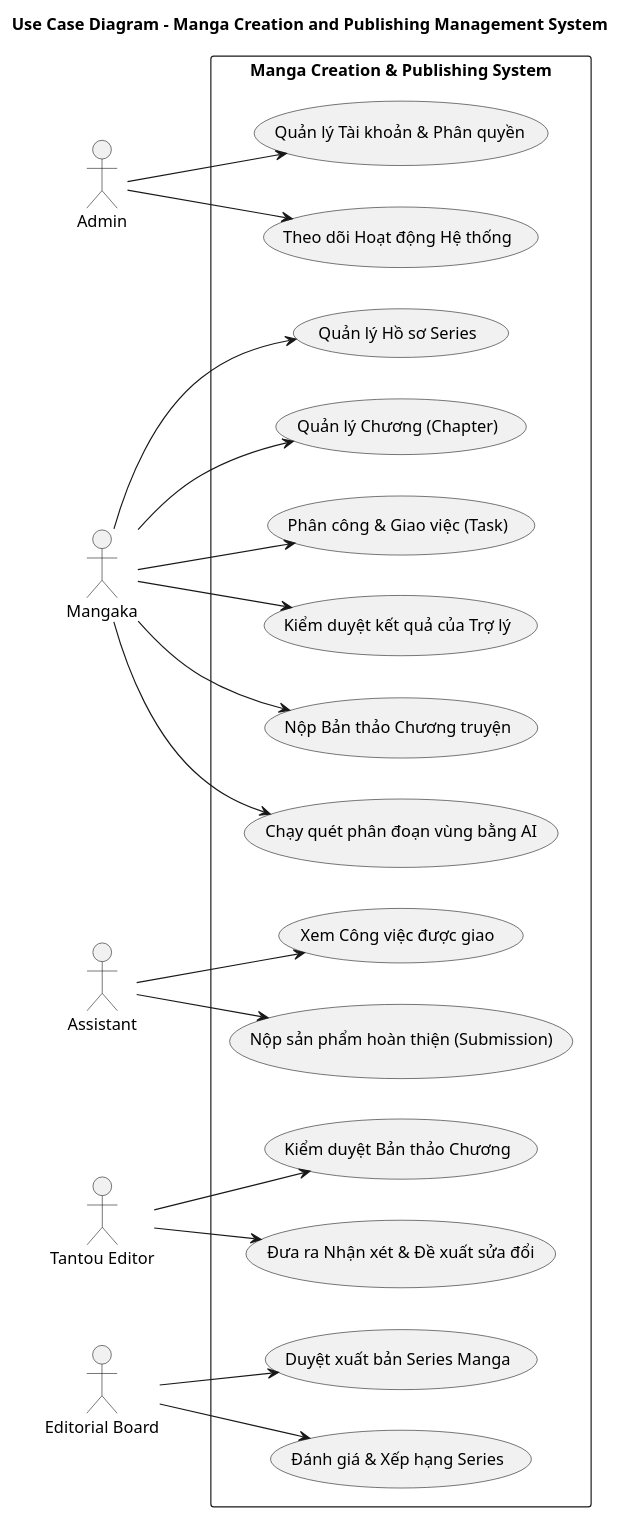
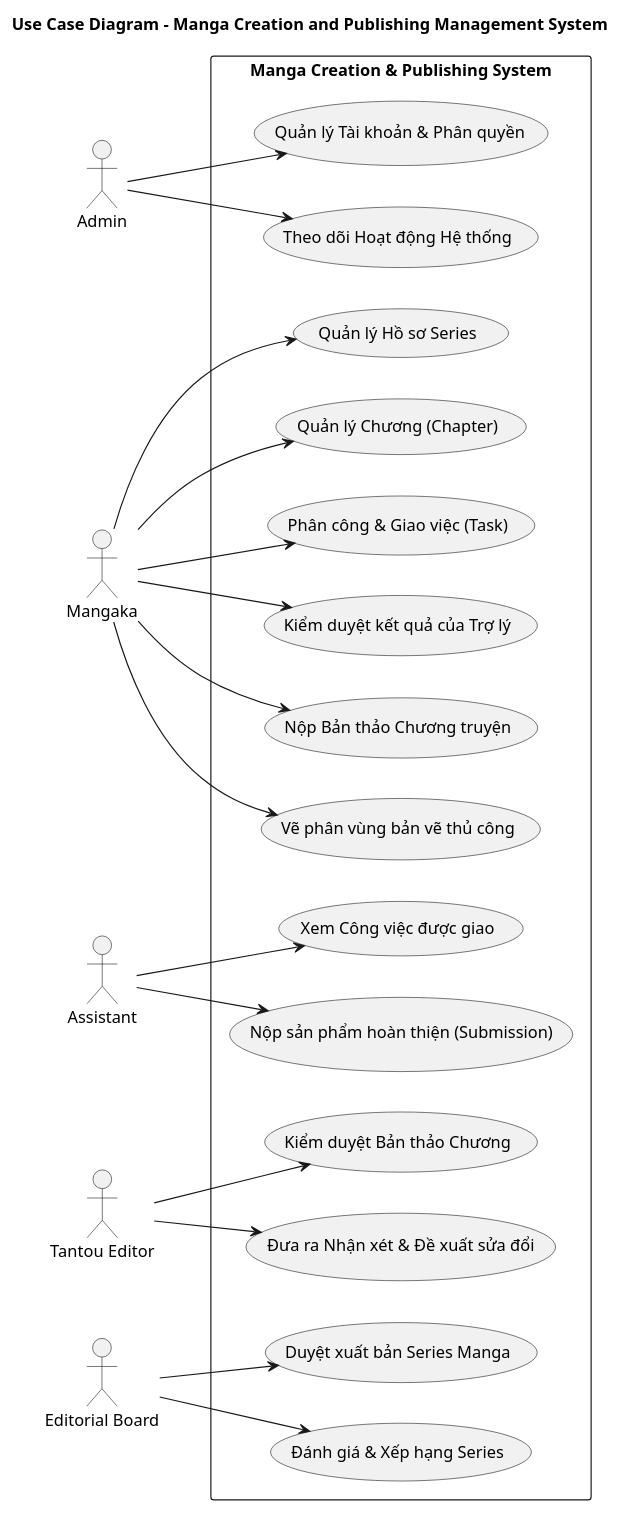
Before and after one commit to trongtan0079/Manga-publishing-management-system: the diagram in UML/Use_Case_Diagram.puml, drawn with PlantUML. The commit also changed 9 other files, not shown here.

Commit message:
docs(uml): Dong bo hoa toan bo cac bieu do UML va tai lieu dac ta thiet ke theo luong nghiep vu moi sach AI

```diff
--- a/UML/Use_Case_Diagram.puml
+++ b/UML/Use_Case_Diagram.puml
@@ -1,57 +1,57 @@
 @startuml
 title Use Case Diagram - Manga Creation and Publishing Management System
 
 left to right direction
 
 actor "Admin" as Admin
 actor "Mangaka" as Mangaka
 actor "Assistant" as Assistant
 actor "Tantou Editor" as Editor
 actor "Editorial Board" as Board
 
 rectangle "Manga Creation & Publishing System" {
   ' Admin Use Cases
   usecase "Quản lý Tài khoản & Phân quyền" as UC_Admin_Users
   usecase "Theo dõi Hoạt động Hệ thống" as UC_Admin_Logs
 
   ' Mangaka Use Cases
   usecase "Quản lý Hồ sơ Series" as UC_Mangaka_Series
   usecase "Quản lý Chương (Chapter)" as UC_Mangaka_Chapter
   usecase "Phân công & Giao việc (Task)" as UC_Mangaka_Task
   usecase "Kiểm duyệt kết quả của Trợ lý" as UC_Mangaka_Review_Task
   usecase "Nộp Bản thảo Chương truyện" as UC_Mangaka_Submit_Chapter
-  usecase "Chạy quét phân đoạn vùng bằng AI" as UC_Mangaka_AI
+  usecase "Vẽ phân vùng bản vẽ thủ công" as UC_Mangaka_Region
 
   ' Assistant Use Cases
   usecase "Xem Công việc được giao" as UC_Assistant_Tasks
   usecase "Nộp sản phẩm hoàn thiện (Submission)" as UC_Assistant_Submit
 
   ' Editor Use Cases
   usecase "Kiểm duyệt Bản thảo Chương" as UC_Editor_Review
   usecase "Đưa ra Nhận xét & Đề xuất sửa đổi" as UC_Editor_Feedback
 
   ' Board Use Cases
   usecase "Duyệt xuất bản Series Manga" as UC_Board_Publish
   usecase "Đánh giá & Xếp hạng Series" as UC_Board_Rank
 }
 
 Admin --> UC_Admin_Users
 Admin --> UC_Admin_Logs
 
 Mangaka --> UC_Mangaka_Series
 Mangaka --> UC_Mangaka_Chapter
 Mangaka --> UC_Mangaka_Task
 Mangaka --> UC_Mangaka_Review_Task
 Mangaka --> UC_Mangaka_Submit_Chapter
-Mangaka --> UC_Mangaka_AI
+Mangaka --> UC_Mangaka_Region
 
 Assistant --> UC_Assistant_Tasks
 Assistant --> UC_Assistant_Submit
 
 Editor --> UC_Editor_Review
 Editor --> UC_Editor_Feedback
 
 Board --> UC_Board_Publish
 Board --> UC_Board_Rank
 
 @enduml
```
